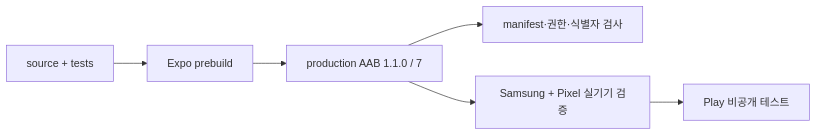
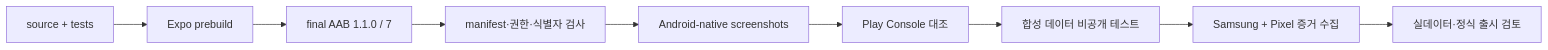
One commit to sinmb79/careguardian-ai changed the diagram in docs/mobile-delivery.md. Above: the diagram before and after it, drawn with Mermaid. The commit also changed other lines of this file and 8 other files, not shown here.

Commit message:
docs: separate closed-test and release evidence gates

````diff
--- a/docs/mobile-delivery.md
+++ b/docs/mobile-delivery.md
@@ -16,8 +16,11 @@
 ```mermaid
 flowchart LR
   Source["source + tests"] --> Prebuild["Expo prebuild"]
-  Prebuild --> AAB["production AAB 1.1.0 / 7"]
+  Prebuild --> AAB["final AAB 1.1.0 / 7"]
   AAB --> Static["manifest·권한·식별자 검사"]
-  AAB --> Device["Samsung + Pixel 실기기 검증"]
-  Device --> Play["Play 비공개 테스트"]
+  Static --> Assets["Android-native screenshots"]
+  Assets --> Console["Play Console 대조"]
+  Console --> Closed["합성 데이터 비공개 테스트"]
+  Closed --> Device["Samsung + Pixel 증거 수집"]
+  Device --> Release["실데이터·정식 출시 검토"]
 ```
````
